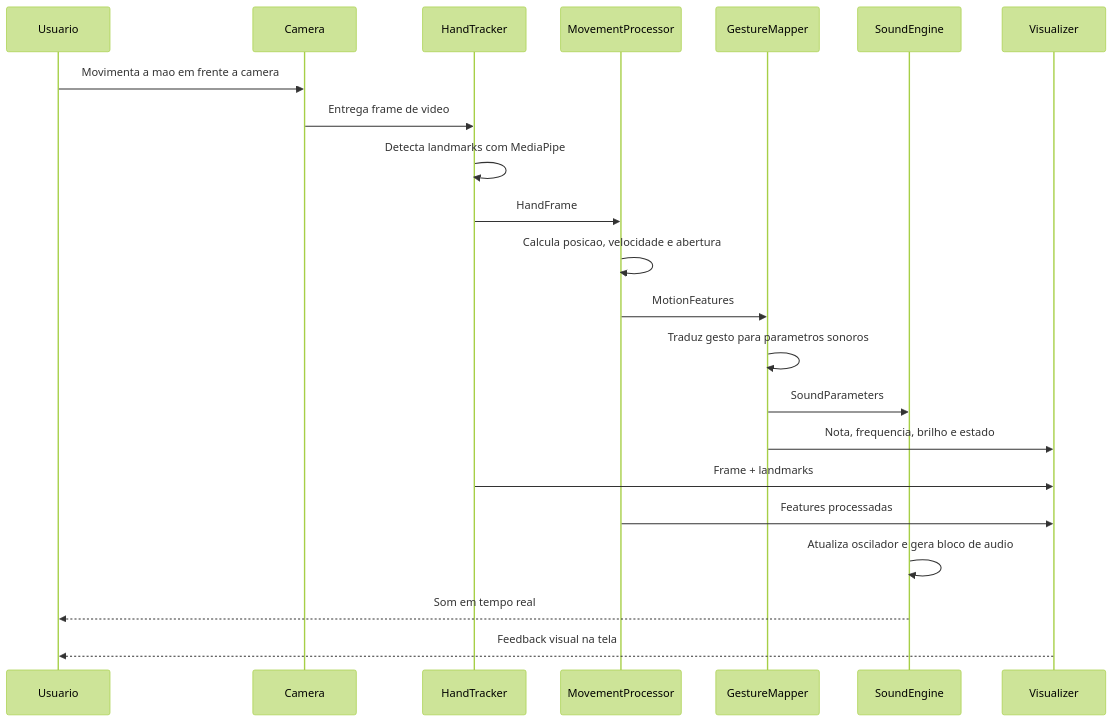
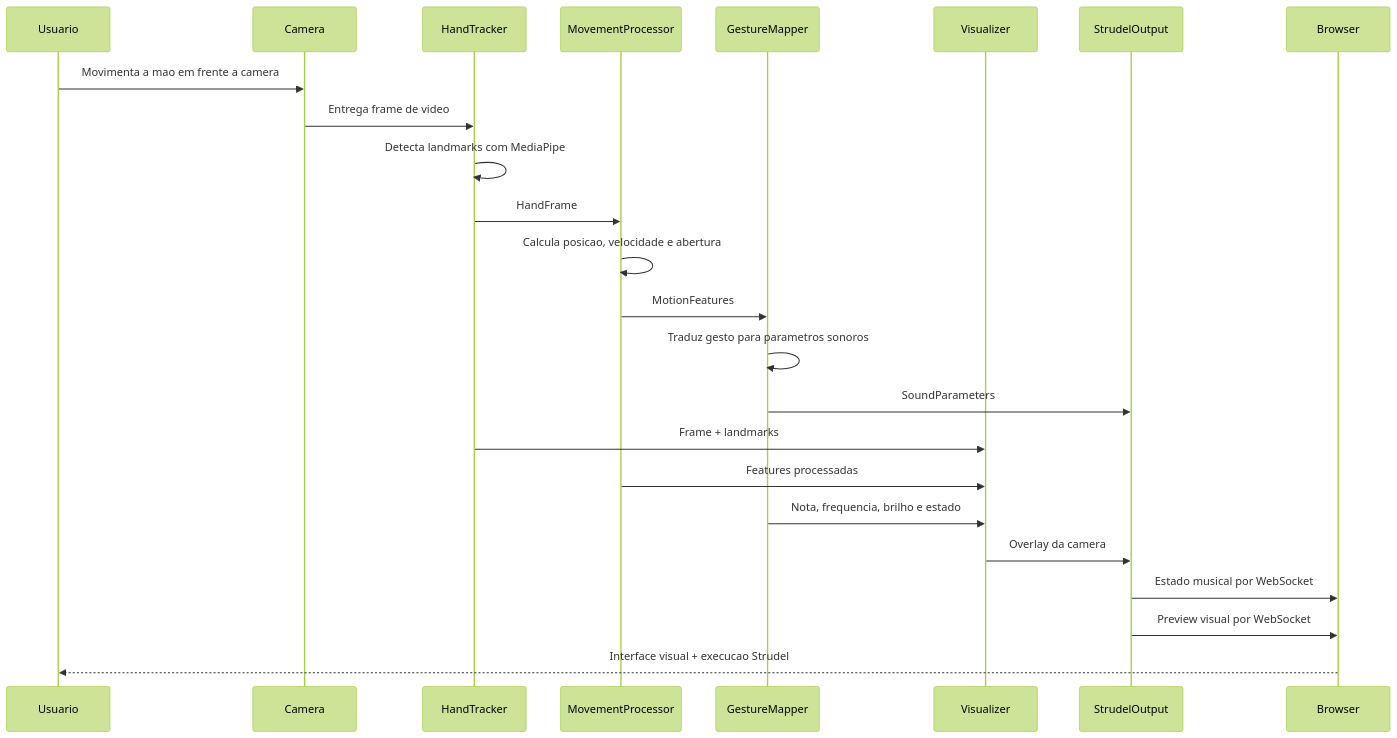
The second of 3 diagrams in docs/architecture.md (lavsouza/TCC), drawn with Mermaid (forest theme) before and after one commit. The commit also changed other lines of this file and 27 other files, not shown here.

````diff
--- a/docs/architecture.md
+++ b/docs/architecture.md
@@ -50,25 +45,27 @@
 ```mermaid
 sequenceDiagram
     participant U as Usuario
     participant C as Camera
     participant H as HandTracker
     participant P as MovementProcessor
     participant M as GestureMapper
-    participant S as SoundEngine
     participant V as Visualizer
+    participant O as StrudelOutput
+    participant B as Browser
 
     U->>C: Movimenta a mao em frente a camera
     C->>H: Entrega frame de video
     H->>H: Detecta landmarks com MediaPipe
     H->>P: HandFrame
     P->>P: Calcula posicao, velocidade e abertura
     P->>M: MotionFeatures
     M->>M: Traduz gesto para parametros sonoros
-    M->>S: SoundParameters
-    M->>V: Nota, frequencia, brilho e estado
+    M->>O: SoundParameters
     H->>V: Frame + landmarks
     P->>V: Features processadas
-    S->>S: Atualiza oscilador e gera bloco de audio
-    S-->>U: Som em tempo real
-    V-->>U: Feedback visual na tela
+    M->>V: Nota, frequencia, brilho e estado
+    V->>O: Overlay da camera
+    O->>B: Estado musical por WebSocket
+    O->>B: Preview visual por WebSocket
+    B-->>U: Interface visual + execucao Strudel
 ```
````
